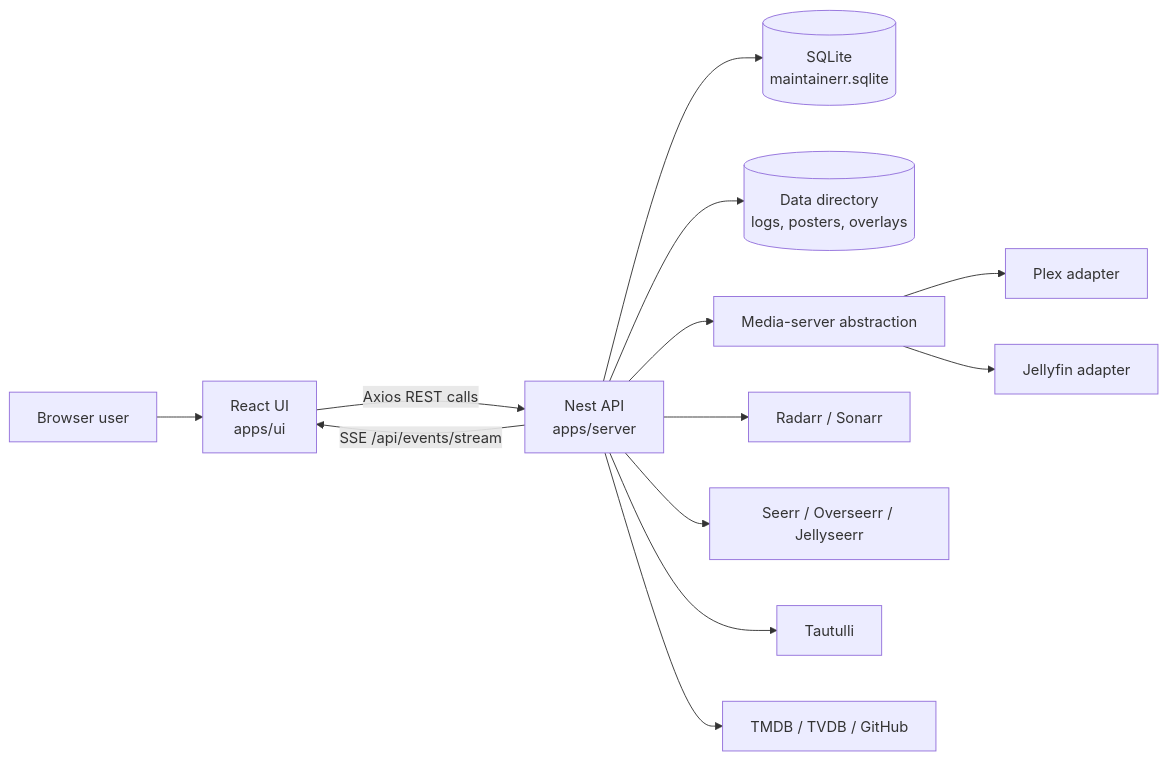
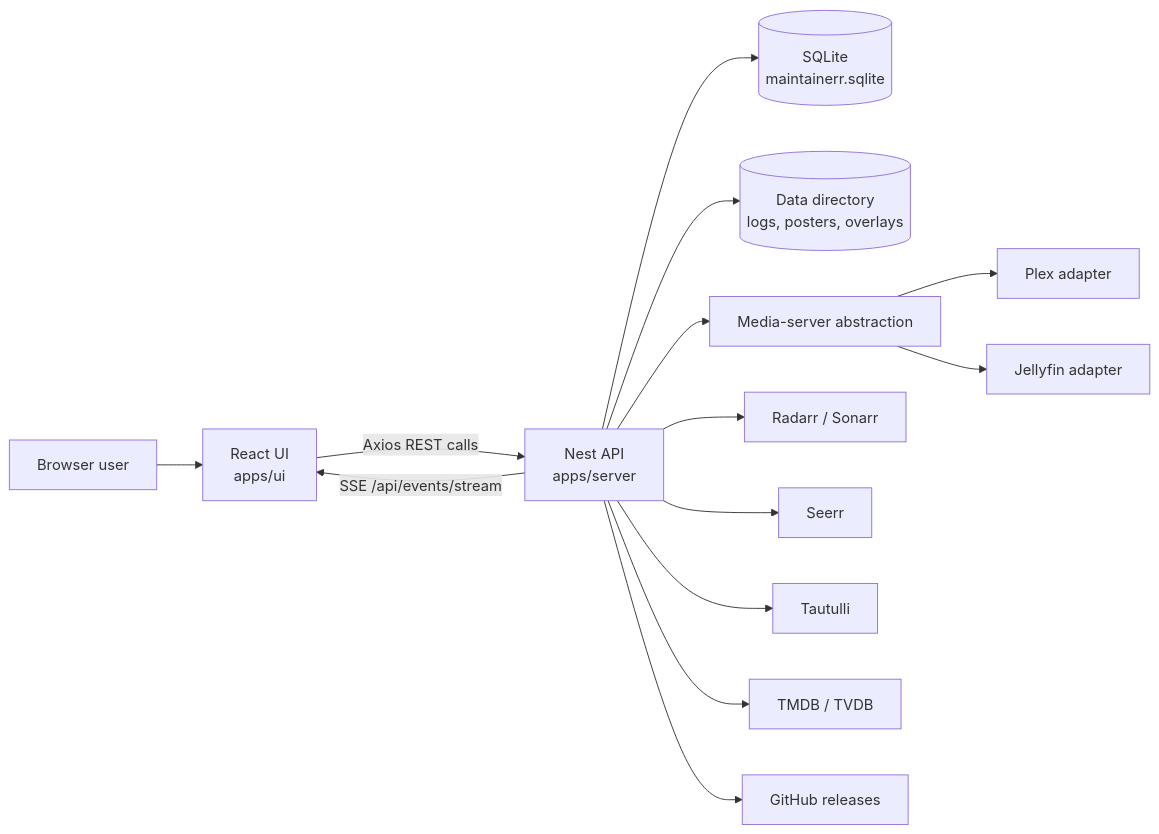
The diagram in ARCHITECTURE.md (Maintainerr/Maintainerr), drawn with Mermaid before and after one commit. The commit also changed other lines of this file and 4 other files, not shown here.

Commit message:
Point architecture references to local doc

````diff
--- a/ARCHITECTURE.md
+++ b/ARCHITECTURE.md
@@ -34,15 +36,16 @@
 ```mermaid
 flowchart LR
   User["Browser user"] --> UI["React UI<br/>apps/ui"]
   UI -->|"Axios REST calls"| API["Nest API<br/>apps/server"]
   API -->|"SSE /api/events/stream"| UI
   API --> DB[("SQLite<br/>maintainerr.sqlite")]
   API --> Data[("Data directory<br/>logs, posters, overlays")]
   API --> Media["Media-server abstraction"]
   Media --> Plex["Plex adapter"]
   Media --> Jellyfin["Jellyfin adapter"]
   API --> Servarr["Radarr / Sonarr"]
-  API --> Seerr["Seerr / Overseerr / Jellyseerr"]
+  API --> Seerr["Seerr"]
   API --> Tautulli["Tautulli"]
-  API --> Metadata["TMDB / TVDB / GitHub"]
+  API --> Metadata["TMDB / TVDB"]
+  API --> GitHub["GitHub releases"]
 ```
````
